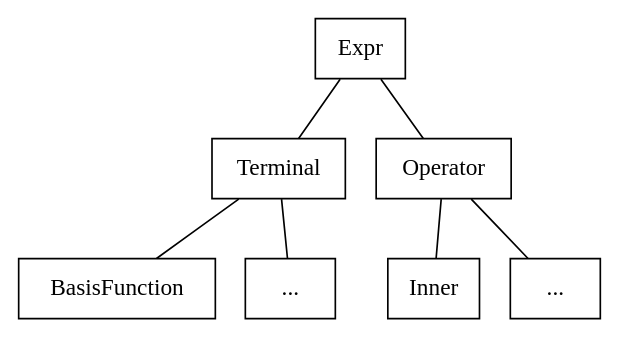
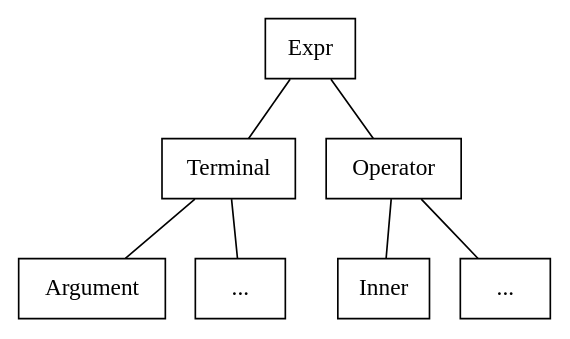
One commit to chenxuelee/fenics-book changed the diagram in chapters/alnes-1/dot/expr.dot. Above: the diagram before and after it, drawn with Graphviz. The commit also changed 4 other files, not shown here.

```diff
--- a/chapters/alnes-1/dot/expr.dot
+++ b/chapters/alnes-1/dot/expr.dot
@@ -1,20 +1,20 @@
 digraph Expr
 {
   node [shape="box"] ;
   edge [arrowtail=empty, arrowhead=none];
 
-  EllipsisT0 [label="BasisFunction"];
+  EllipsisT0 [label="Argument"];
   EllipsisT1 [label="..."];
   EllipsisO0 [label="Inner"];
   EllipsisO1 [label="..."];
 
   Expr -> Terminal;
   Expr -> Operator;
 
   Terminal -> EllipsisT0;
   Terminal -> EllipsisT1;
   Operator -> EllipsisO0;
   Operator -> EllipsisO1;
 
   //Expr -> Operator [arrowtail=none, arrowhead=odiamond, headlabel="1", taillabel="1..*"];
 }
```
